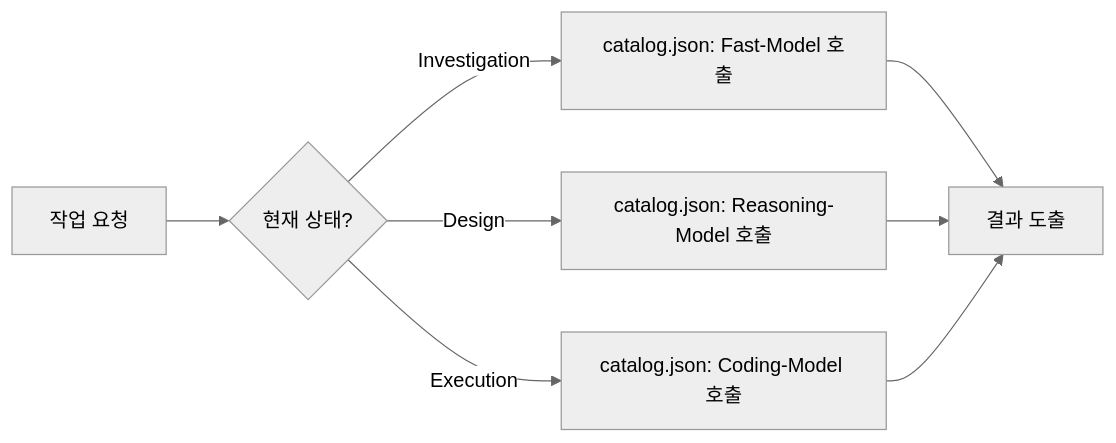
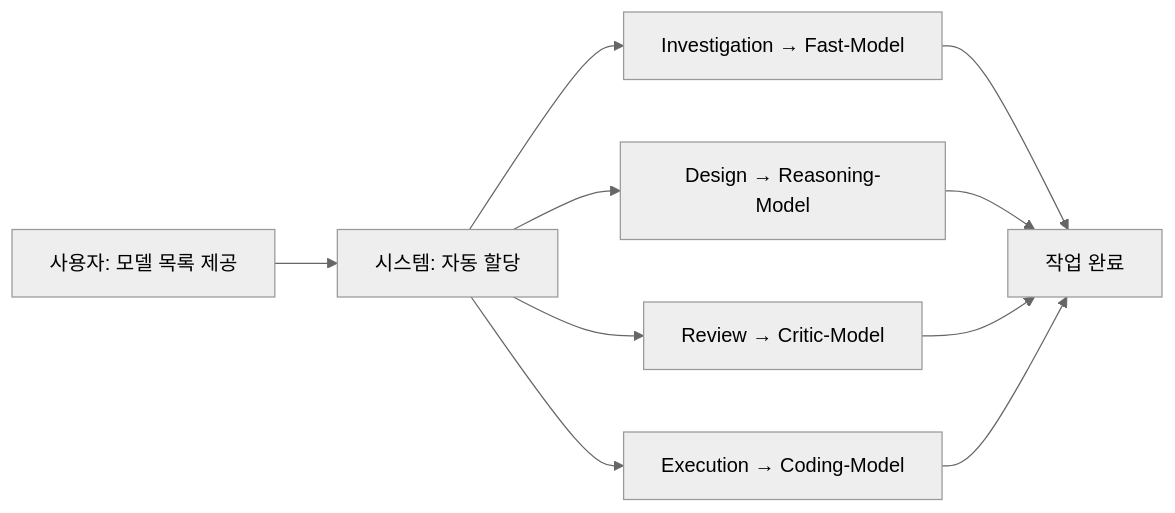
One commit to pheanor-agent/p-hermes changed the diagram in docs/wiki/getting-started/configuration.md. Above: the diagram before and after it, drawn with Mermaid (neutral theme). The commit also changed other lines of this file and 22 other files, not shown here.

````diff
--- a/docs/wiki/getting-started/configuration.md
+++ b/docs/wiki/getting-started/configuration.md
@@ -46,10 +72,9 @@
 ```mermaid
 graph LR
-    A[작업 요청] --> B{현재 상태?}
-    B -- Investigation --> C[catalog.json: Fast-Model 호출]
-    B -- Design --> D[catalog.json: Reasoning-Model 호출]
-    B -- Execution --> E[catalog.json: Coding-Model 호출]
-    C --> F[결과 도출]
-    D --> F
-    E --> F
+    A[사용자: 모델 목록 제공] --> B[시스템: 자동 할당]
+    B --> C[Investigation → Fast-Model]
+    B --> D[Design → Reasoning-Model]
+    B --> E[Review → Critic-Model]
+    B --> F[Execution → Coding-Model]
+    C & D & E & F --> G[작업 완료]
 ```
````
